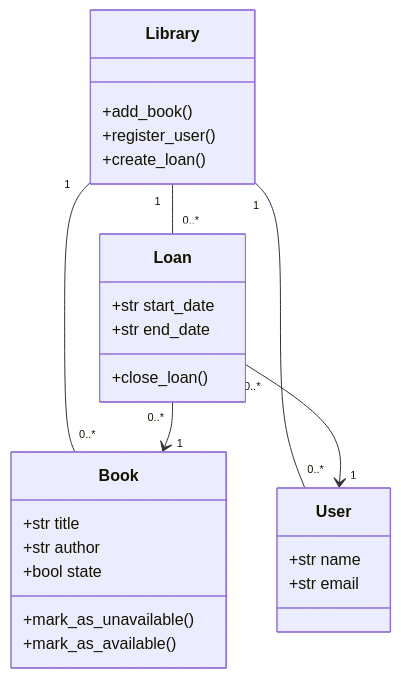
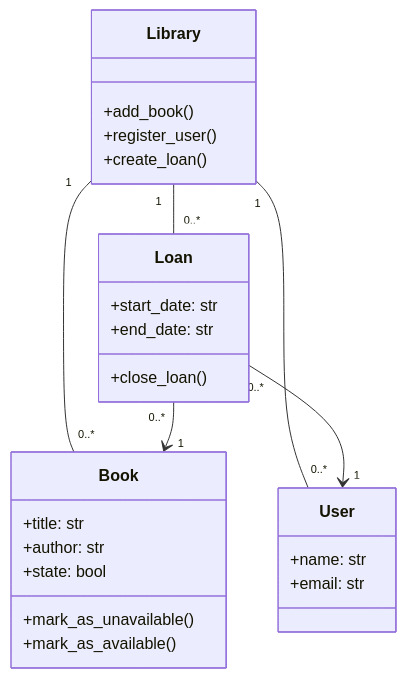
One commit to RebornLPB/holbertonschool-sw_design_architecture changed the diagram in uml_intro/0-class_diagram.mmd. Above: the diagram before and after it, drawn with Mermaid.

Commit message:
Fix formatting of attribute declarations in class diagram

```diff
--- a/uml_intro/0-class_diagram.mmd
+++ b/uml_intro/0-class_diagram.mmd
@@ -1,31 +1,31 @@
 classDiagram
     class Book {
-        +str title
-        +str author
-        +bool state
+        +title: str
+        +author: str
+        +state: bool
         +mark_as_unavailable()
         +mark_as_available()
     }
 
     class User {
-        +str name
-        +str email
+        +name: str
+        +email: str
     }
 
     class Loan {
-        +str start_date
-        +str end_date
+        +start_date: str
+        +end_date: str
         +close_loan()
     }
 
     class Library {
         +add_book()
         +register_user()
         +create_loan()
     }
 
     Library "1" -- "0..*" Book
     Library "1" -- "0..*" User
     Library "1" -- "0..*" Loan
     Loan "0..*" --> "1" Book
     Loan "0..*" --> "1" User
```
